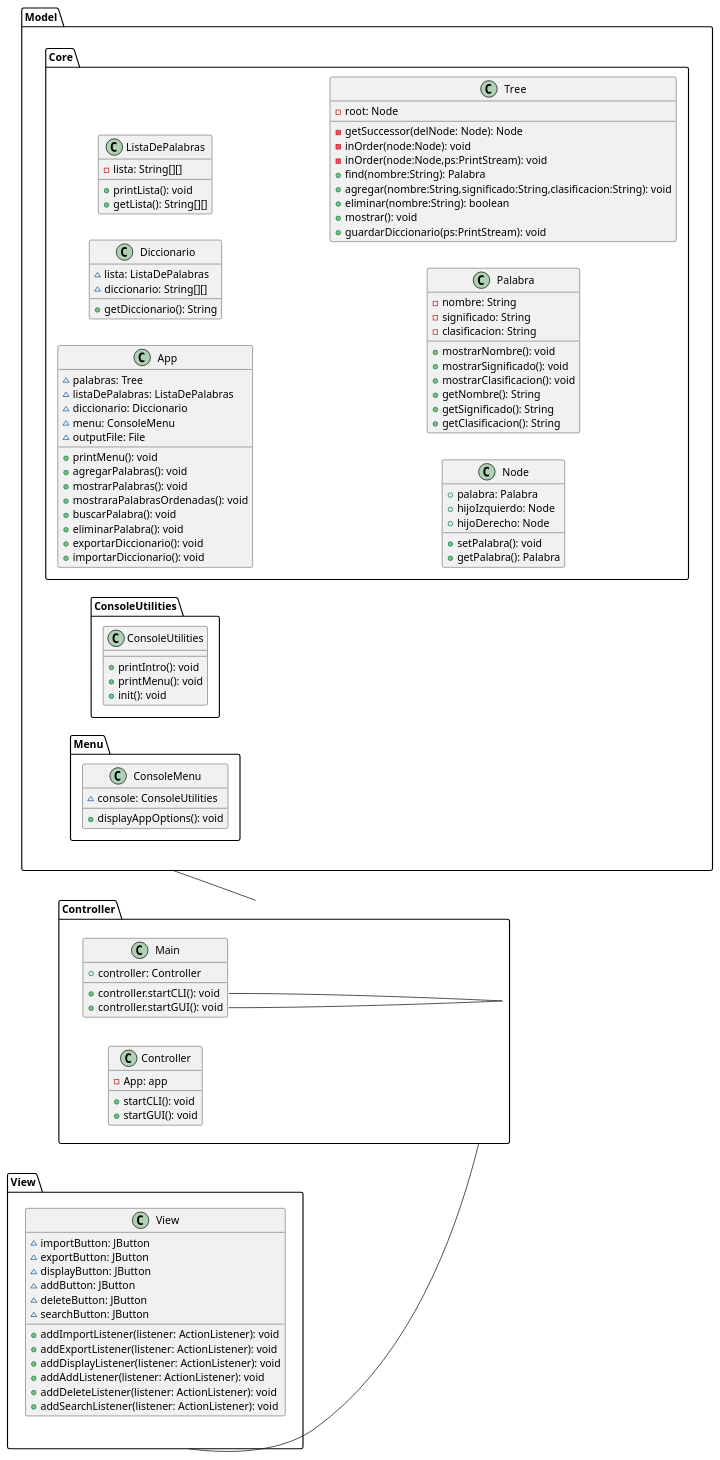
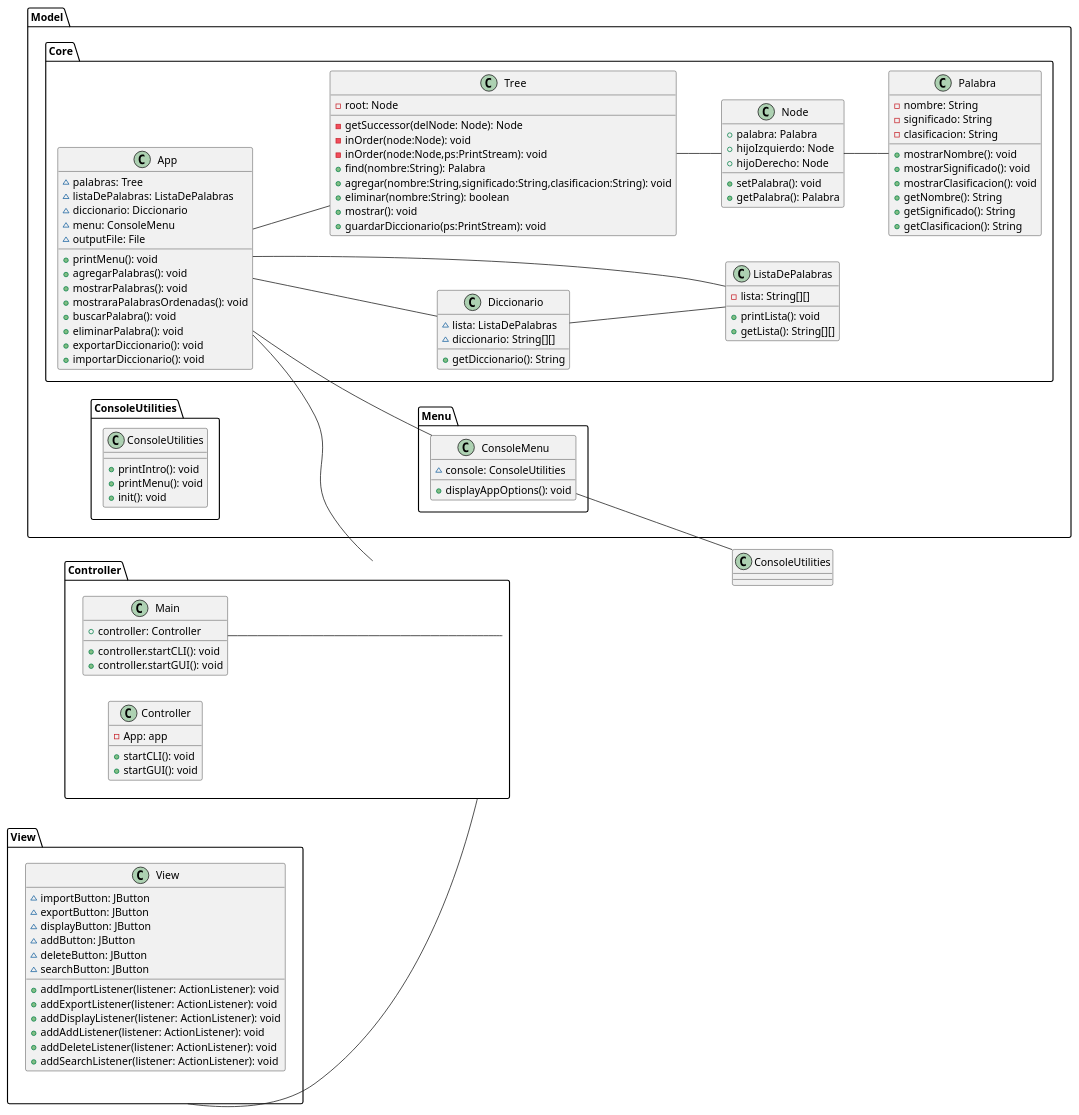
The diagram in uml.org (Ma-Nu-El/Complejidad-Computacional-App), drawn with PlantUML before and after one commit. The commit also changed 2 other files, not shown here.

Commit message:
continue UML

```diff
--- a/uml.org
+++ b/uml.org
@@ -159,9 +159,16 @@
 }
 
 'Relations'
-Main::startCLI -- Controller::startCLI
-Main::startGUI -- Controller::startGUI
+Main -- Controller
 
-Model -- Controller
+App -- Controller
+App -- Tree
+App -- ListaDePalabras
+App -- Diccionario
+App -- ConsoleMenu
+ConsoleMenu -- ConsoleUtilities
+Diccionario -- ListaDePalabras
+Tree -- Node
+Node -- Palabra
 View -- Controller
 #+end_src
```
